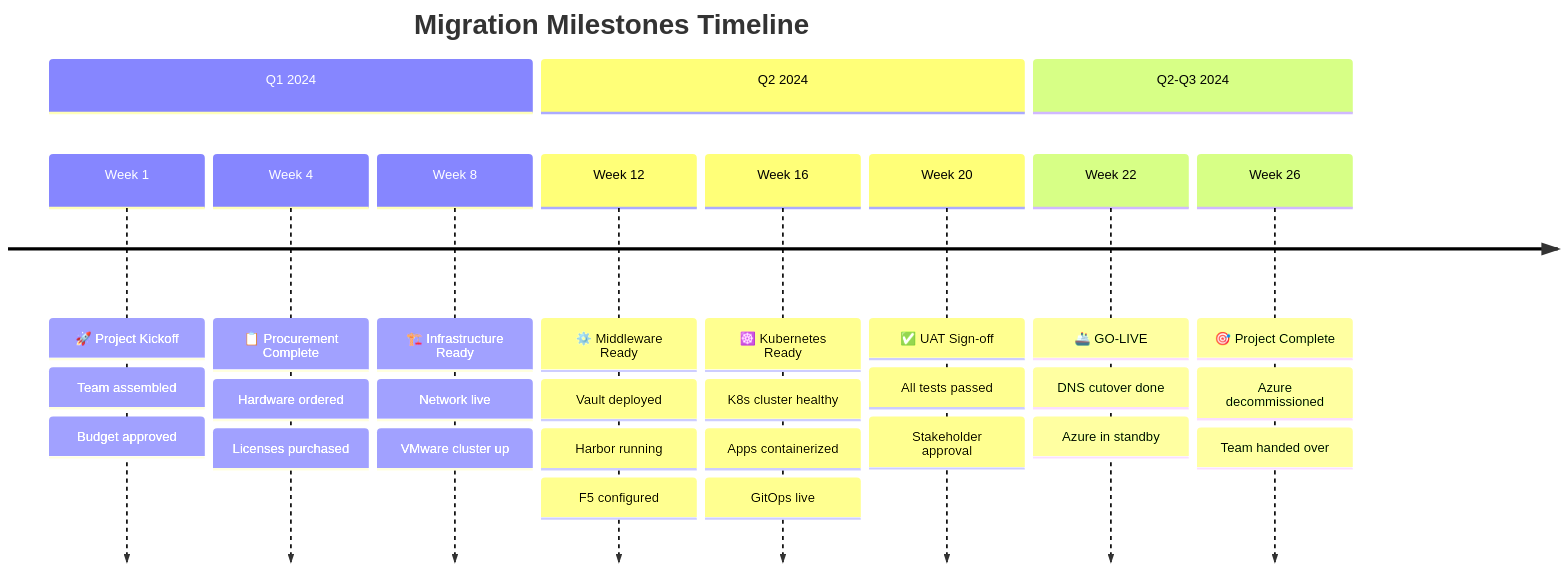
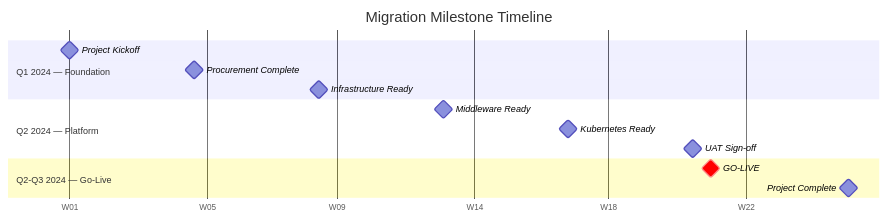
One commit to Shasi19/Azure-VxRail-VMware-Migration changed the first of 2 diagrams in docs/Volume-2-Migration-Strategy/03-Timeline-And-Milestones.md. Above: the diagram before and after it, drawn with Mermaid. The commit also changed other lines of this file and 7 other files, not shown here.

First line of the commit message:
Fix Mermaid render issues: simplify complex diagrams, remove emoji from labels, fix special chars

````diff
--- a/docs/Volume-2-Migration-Strategy/03-Timeline-And-Milestones.md
+++ b/docs/Volume-2-Migration-Strategy/03-Timeline-And-Milestones.md
@@ -39,33 +39,20 @@
 ```mermaid
-timeline
-    title Migration Milestones Timeline
-    section Q1 2024
-        Week 1  : 🚀 Project Kickoff
-                : Team assembled
-                : Budget approved
-        Week 4  : 📋 Procurement Complete
-                : Hardware ordered
-                : Licenses purchased
-        Week 8  : 🏗️ Infrastructure Ready
-                : Network live
-                : VMware cluster up
-    section Q2 2024
-        Week 12 : ⚙️ Middleware Ready
-                : Vault deployed
-                : Harbor running
-                : F5 configured
-        Week 16 : ☸️ Kubernetes Ready
-                : K8s cluster healthy
-                : Apps containerized
-                : GitOps live
-        Week 20 : ✅ UAT Sign-off
-                : All tests passed
-                : Stakeholder approval
-    section Q2-Q3 2024
-        Week 22 : 🚢 GO-LIVE
-                : DNS cutover done
-                : Azure in standby
-        Week 26 : 🎯 Project Complete
-                : Azure decommissioned
-                : Team handed over
+gantt
+    title Migration Milestone Timeline
+    dateFormat  YYYY-MM-DD
+    axisFormat  W%W
+
+    section Q1 2024 — Foundation
+    Project Kickoff          :milestone, m1, 2024-01-01, 0d
+    Procurement Complete     :milestone, m2, 2024-01-29, 0d
+    Infrastructure Ready     :milestone, m3, 2024-02-26, 0d
+
+    section Q2 2024 — Platform
+    Middleware Ready         :milestone, m4, 2024-03-25, 0d
+    Kubernetes Ready         :milestone, m5, 2024-04-22, 0d
+    UAT Sign-off             :milestone, m6, 2024-05-20, 0d
+
+    section Q2-Q3 2024 — Go-Live
+    GO-LIVE                  :crit, milestone, m7, 2024-05-24, 0d
+    Project Complete         :milestone, m8, 2024-06-24, 0d
 ```
````
